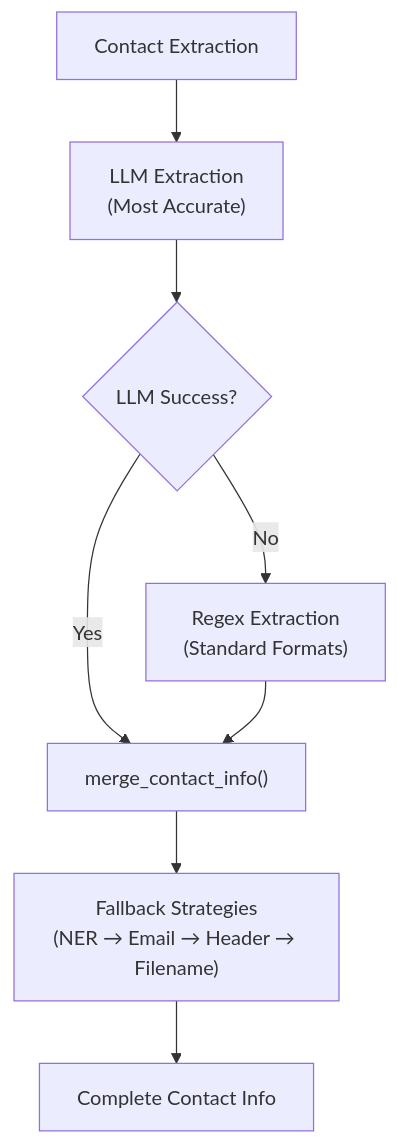
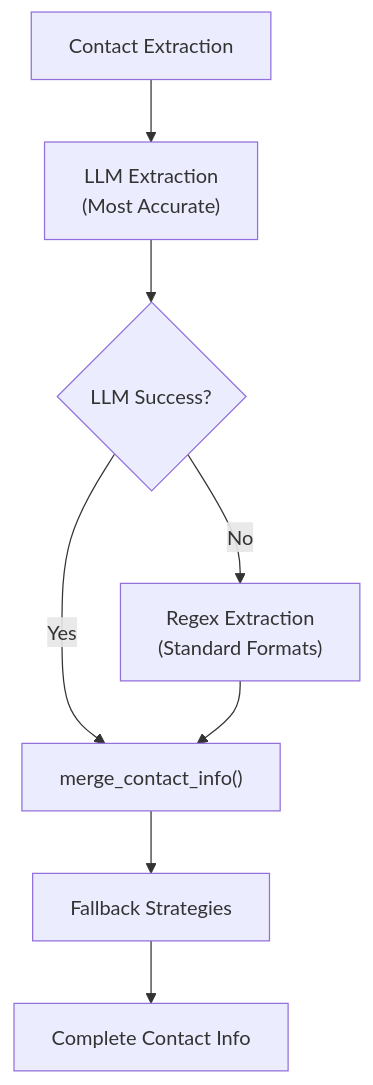
Before and after one commit to Revanththetalogics/aireume: diagram 14 of 20 in .qoder/repowiki/en/content/Analysis Engine/Analysis Engine.md, drawn with Mermaid. The commit also changed other lines of this file and 61 other files, not shown here.

````diff
--- a/.qoder/repowiki/en/content/Analysis Engine/Analysis Engine.md
+++ b/.qoder/repowiki/en/content/Analysis Engine/Analysis Engine.md
@@ -565,10 +582,10 @@
 ```mermaid
 flowchart TD
 Start["Contact Extraction"] --> LLM["LLM Extraction<br/>(Most Accurate)"]
 LLM --> LLMSuccess{"LLM Success?"}
 LLMSuccess --> |Yes| Merge["merge_contact_info()"]
 LLMSuccess --> |No| Regex["Regex Extraction<br/>(Standard Formats)"]
 Regex --> Merge
-Merge --> Fallback["Fallback Strategies<br/>(NER → Email → Header → Filename)"]
+Merge --> Fallback["Fallback Strategies<br/(NER → Email → Header → Filename)"]
 Fallback --> Complete["Complete Contact Info"]
 ```
````
